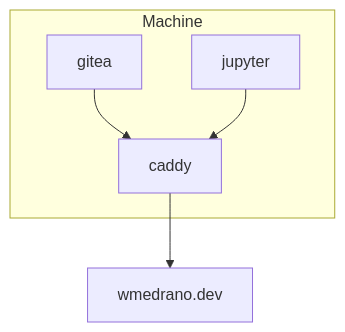
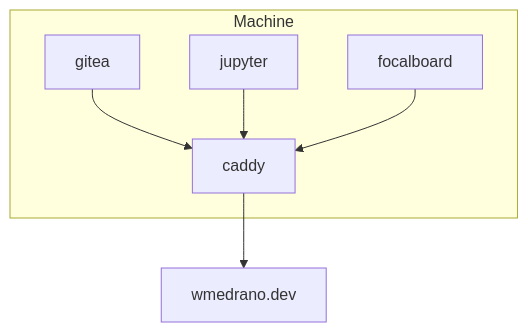
One commit to wmedrano/wmedrano.dev changed the diagram in README.md. Above: the diagram before and after it, drawn with Mermaid. The commit also changed other lines of this file, not shown here.

Commit message:
Document focalboard

````diff
--- a/README.md
+++ b/README.md
@@ -5,8 +5,9 @@
 ```mermaid
 flowchart TD
     subgraph Machine
       gitea --> caddy
       jupyter --> caddy
+      focalboard --> caddy
     end
     caddy --> wmedrano.dev
 ```
````
